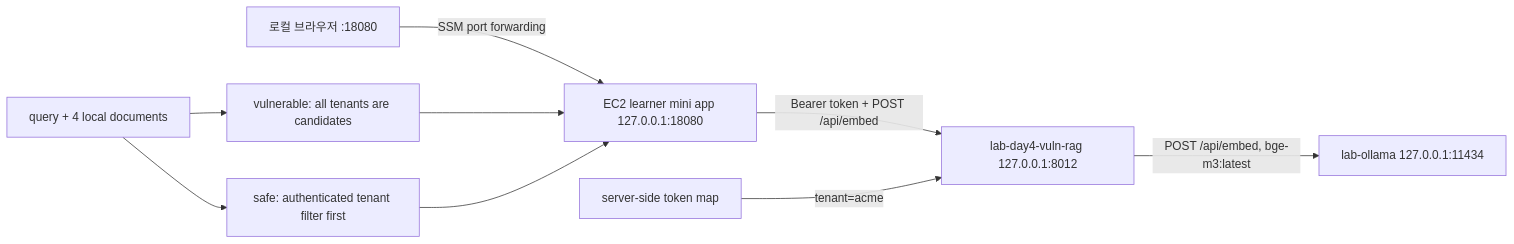
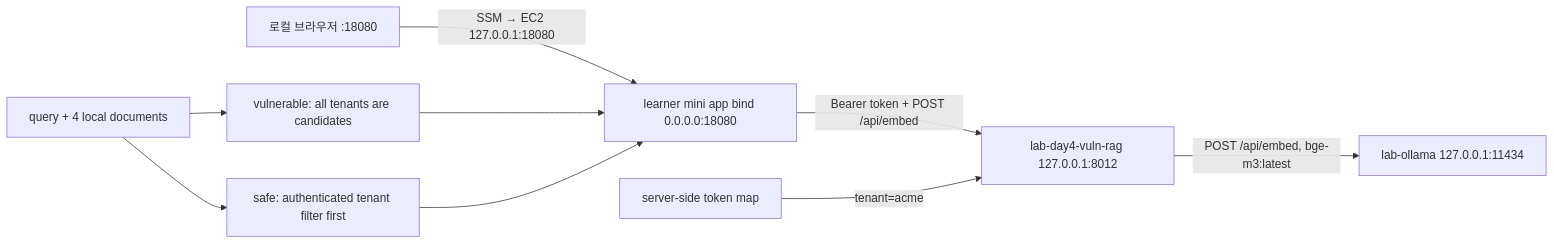
Before and after one commit to gasbugs/owasp-llm-lab-setup-guide: the second of 2 diagrams in docs/ARCHITECTURE.md, drawn with Mermaid. The commit also changed other lines of this file and 7 other files, not shown here.

Commit message:
Run LLM08 mini app as foreground Python server

````diff
--- a/docs/ARCHITECTURE.md
+++ b/docs/ARCHITECTURE.md
@@ -122,11 +122,11 @@
 ```mermaid
 flowchart LR
-  B["로컬 브라우저 :18080"] -->|"SSM port forwarding"| M["EC2 learner mini app 127.0.0.1:18080"]
+  B["로컬 브라우저 :18080"] -->|"SSM → EC2 127.0.0.1:18080"| M["learner mini app bind 0.0.0.0:18080"]
   M -->|"Bearer token + POST /api/embed"| D["lab-day4-vuln-rag 127.0.0.1:8012"]
   D -->|"POST /api/embed, bge-m3:latest"| O["lab-ollama 127.0.0.1:11434"]
   Q["query + 4 local documents"] --> V["vulnerable: all tenants are candidates"]
   Q --> S["safe: authenticated tenant filter first"]
   V --> M
   S --> M
   A["server-side token map"] -->|"tenant=acme"| D
 ```
````
